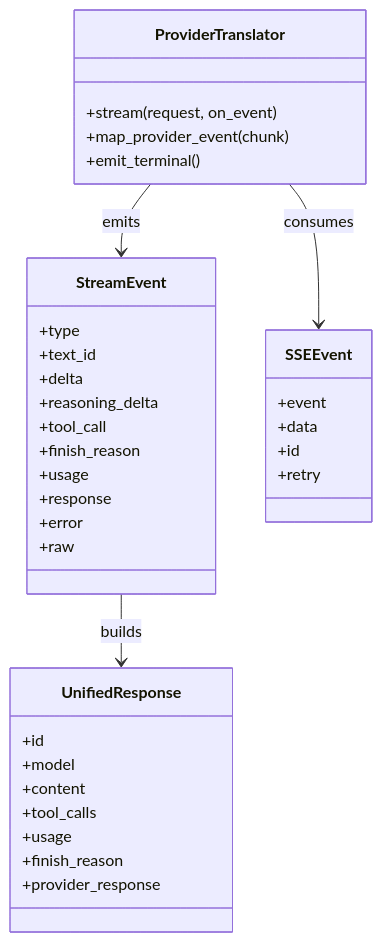
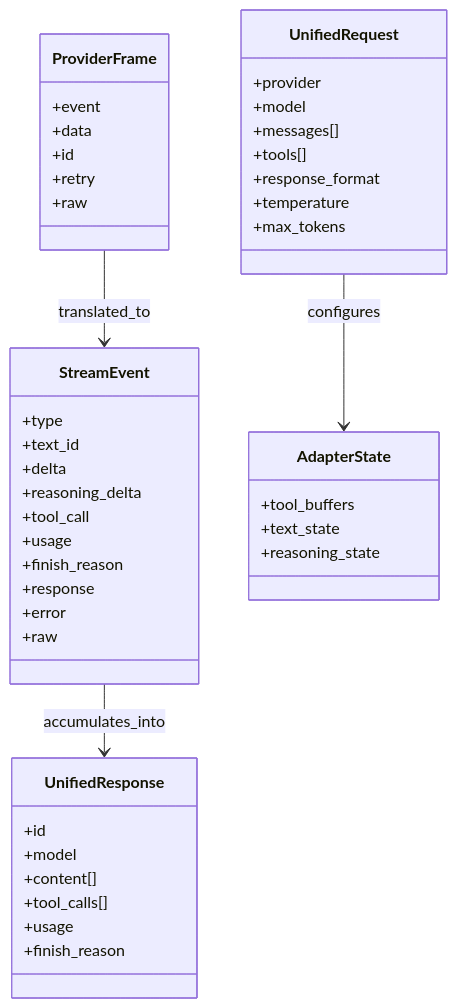
One commit to jaytaylor/attractor-tcl changed the first of 5 diagrams in docs/sprints/SPRINT-005-comprehensive-implementation-plan.md. Above: the diagram before and after it, drawn with Mermaid. The commit also changed other lines of this file, not shown here.

````diff
--- a/docs/sprints/SPRINT-005-comprehensive-implementation-plan.md
+++ b/docs/sprints/SPRINT-005-comprehensive-implementation-plan.md
@@ -1147,42 +945,52 @@
 ```mermaid
 classDiagram
-    class StreamEvent {
-      +type
-      +text_id
-      +delta
-      +reasoning_delta
-      +tool_call
-      +finish_reason
-      +usage
-      +response
-      +error
-      +raw
-    }
+  class UnifiedRequest {
+    +provider
+    +model
+    +messages[]
+    +tools[]
+    +response_format
+    +temperature
+    +max_tokens
+  }
 
-    class UnifiedResponse {
-      +id
-      +model
-      +content
-      +tool_calls
-      +usage
-      +finish_reason
-      +provider_response
-    }
+  class ProviderFrame {
+    +event
+    +data
+    +id
+    +retry
+    +raw
+  }
 
-    class ProviderTranslator {
-      +stream(request, on_event)
-      +map_provider_event(chunk)
-      +emit_terminal()
-    }
+  class StreamEvent {
+    +type
+    +text_id
+    +delta
+    +reasoning_delta
+    +tool_call
+    +usage
+    +finish_reason
+    +response
+    +error
+    +raw
+  }
 
-    class SSEEvent {
-      +event
-      +data
-      +id
-      +retry
-    }
+  class UnifiedResponse {
+    +id
+    +model
+    +content[]
+    +tool_calls[]
+    +usage
+    +finish_reason
+  }
 
-    ProviderTranslator --> SSEEvent : consumes
-    ProviderTranslator --> StreamEvent : emits
-    StreamEvent --> UnifiedResponse : builds
+  class AdapterState {
+    +tool_buffers
+    +text_state
+    +reasoning_state
+  }
+
+  UnifiedRequest --> AdapterState : configures
+  ProviderFrame --> StreamEvent : translated_to
+  StreamEvent --> UnifiedResponse : accumulates_into
 ```
````
